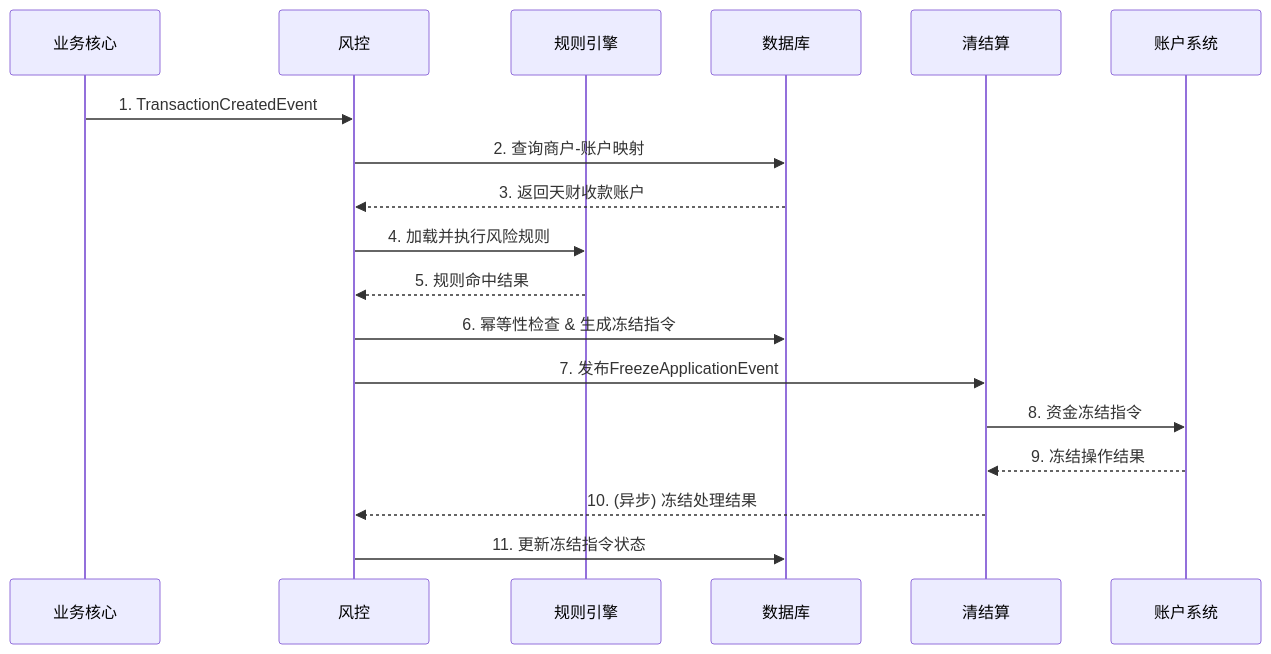
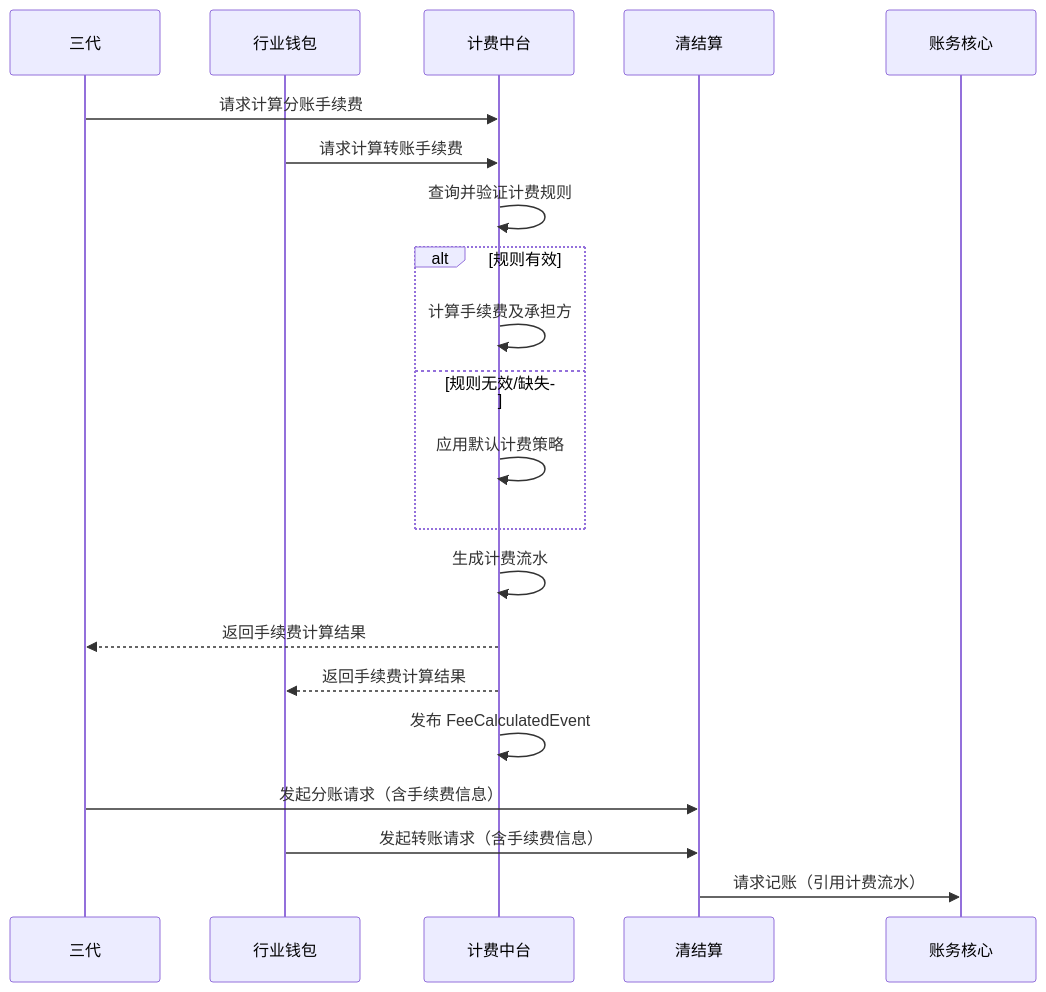
Before and after one commit to youzi211/AiCoding: diagram 15 of 24 in data/天财分账需求/gpt-5.2/output/final_design_document.md, drawn with Mermaid. The commit also changed other lines of this file and 41 other files, not shown here.

````diff
--- a/data/天财分账需求/gpt-5.2/output/final_design_document.md
+++ b/data/天财分账需求/gpt-5.2/output/final_design_document.md
@@ -1270,21 +1370,24 @@
 ```mermaid
 sequenceDiagram
-    participant 业务核心 as 业务核心
-    participant 风控 as 风控
-    participant 规则引擎 as 规则引擎
-    participant 数据库 as 数据库
-    participant 清结算 as 清结算
-    participant 账户系统 as 账户系统
+    participant 三代
+    participant 行业钱包
+    participant 计费中台
+    participant 清结算
+    participant 账务核心
 
-    业务核心->>风控: 1. TransactionCreatedEvent
-    风控->>数据库: 2. 查询商户-账户映射
-    数据库-->>风控: 3. 返回天财收款账户
-    风控->>规则引擎: 4. 加载并执行风险规则
-    规则引擎-->>风控: 5. 规则命中结果
-    风控->>数据库: 6. 幂等性检查 & 生成冻结指令
-    风控->>清结算: 7. 发布FreezeApplicationEvent
-    清结算->>账户系统: 8. 资金冻结指令
-    账户系统-->>清结算: 9. 冻结操作结果
-    清结算-->>风控: 10. (异步) 冻结处理结果
-    风控->>数据库: 11. 更新冻结指令状态
+    三代->>计费中台: 请求计算分账手续费
+    行业钱包->>计费中台: 请求计算转账手续费
+    计费中台->>计费中台: 查询并验证计费规则
+    alt 规则有效
+        计费中台->>计费中台: 计算手续费及承担方
+    else 规则无效/缺失
+        计费中台->>计费中台: 应用默认计费策略
+    end
+    计费中台->>计费中台: 生成计费流水
+    计费中台-->>三代: 返回手续费计算结果
+    计费中台-->>行业钱包: 返回手续费计算结果
+    计费中台->>计费中台: 发布 FeeCalculatedEvent
+    三代->>清结算: 发起分账请求（含手续费信息）
+    行业钱包->>清结算: 发起转账请求（含手续费信息）
+    清结算->>账务核心: 请求记账（引用计费流水）
 ```
````
